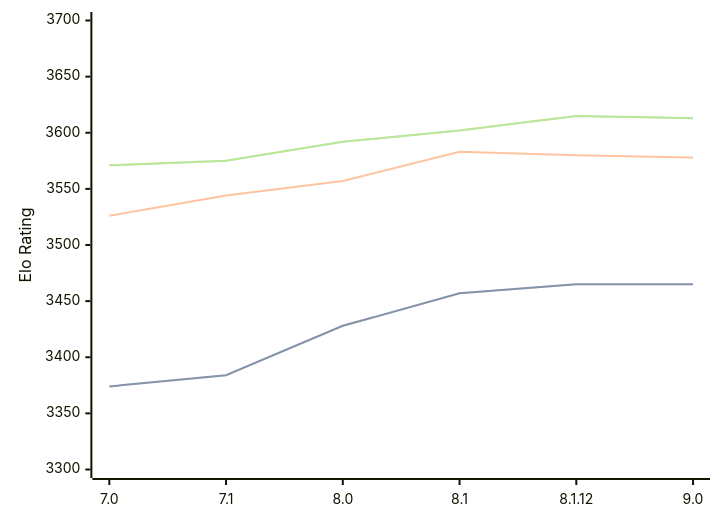
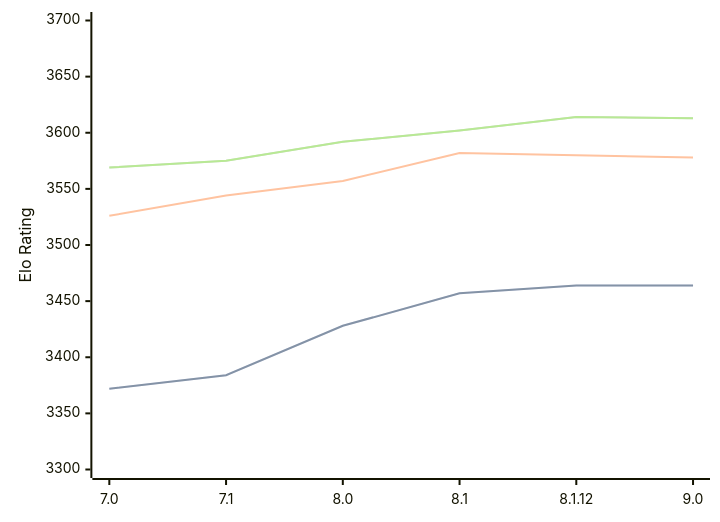
The diagram in engines/Alexandria.md (computer-chess-index/cci), drawn with Mermaid before and after one commit. The commit also changed other lines of this file, not shown here.

Commit message:
Update CCI Ratings (ELO VLTC) - 2026-04-20

````diff
--- a/engines/Alexandria.md
+++ b/engines/Alexandria.md
@@ -55,11 +55,11 @@
 ```mermaid
 %%{init: {"theme":"base","themeVariables":{"seriesColors:['#a3a3a3','#222221','#faa371']}}}%%
 xychart-beta
   x-axis ["7.0", "7.1", "8.0", "8.1", "8.1.12", "9.0"]
   y-axis "Elo Rating" 3300 --> 3700
-  line "STC (8.0+0.08s)" [3374, 3384, 3428, 3457, 3465, 3465]
-  line "STC (8.0+0.08s)" [3374, 3384, 3428, 3457, 3465, 3465]
-  line "LTC (60.0+0.60s)" [3526, 3544, 3557, 3583, 3580, 3578]
-  line "VLTC (2m24s+1.12s)" [3571, 3575, 3592, 3602, 3615, 3613]
-  line "VLTC (2m24s+1.12s)" [3571, 3575, 3592, 3602, 3615, 3613]
+  line "STC (8.0+0.08s)" [3372, 3384, 3428, 3457, 3464, 3464]
+  line "STC (8.0+0.08s)" [3372, 3384, 3428, 3457, 3464, 3464]
+  line "LTC (60.0+0.60s)" [3526, 3544, 3557, 3582, 3580, 3578]
+  line "VLTC (2m24s+1.12s)" [3569, 3575, 3592, 3602, 3614, 3613]
+  line "VLTC (2m24s+1.12s)" [3569, 3575, 3592, 3602, 3614, 3613]
 ```
````
